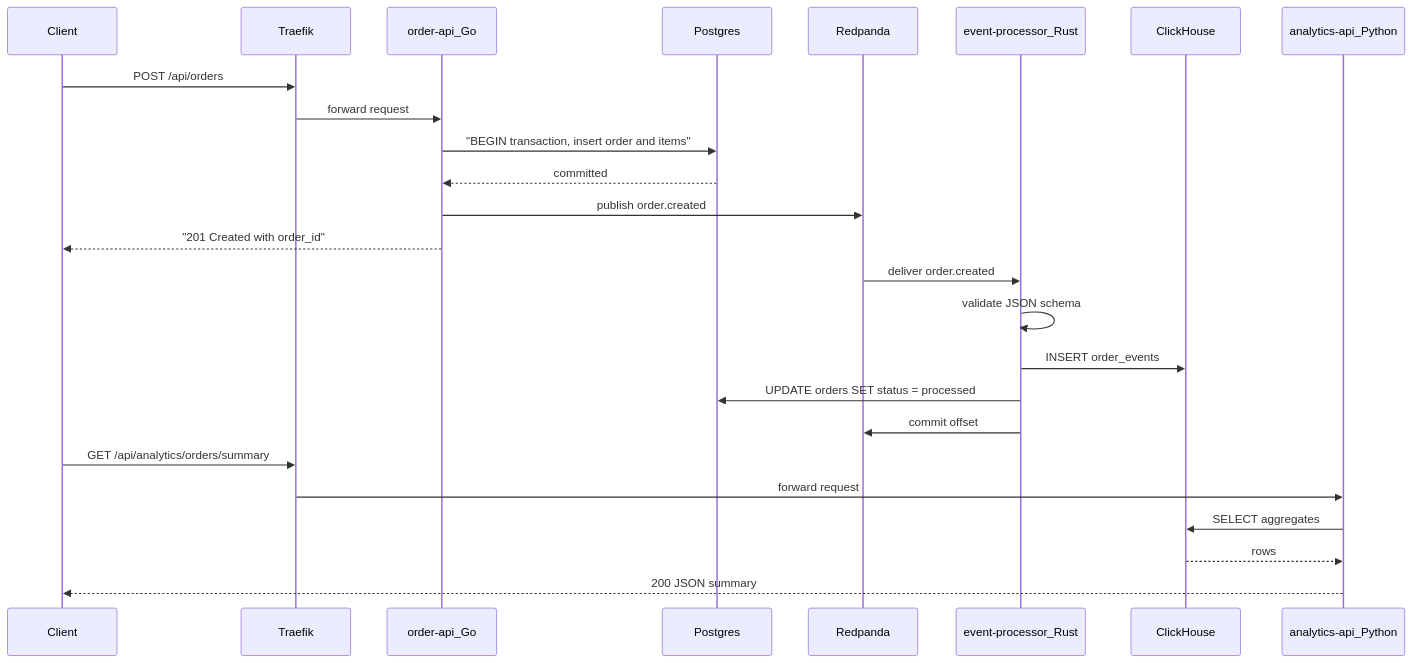
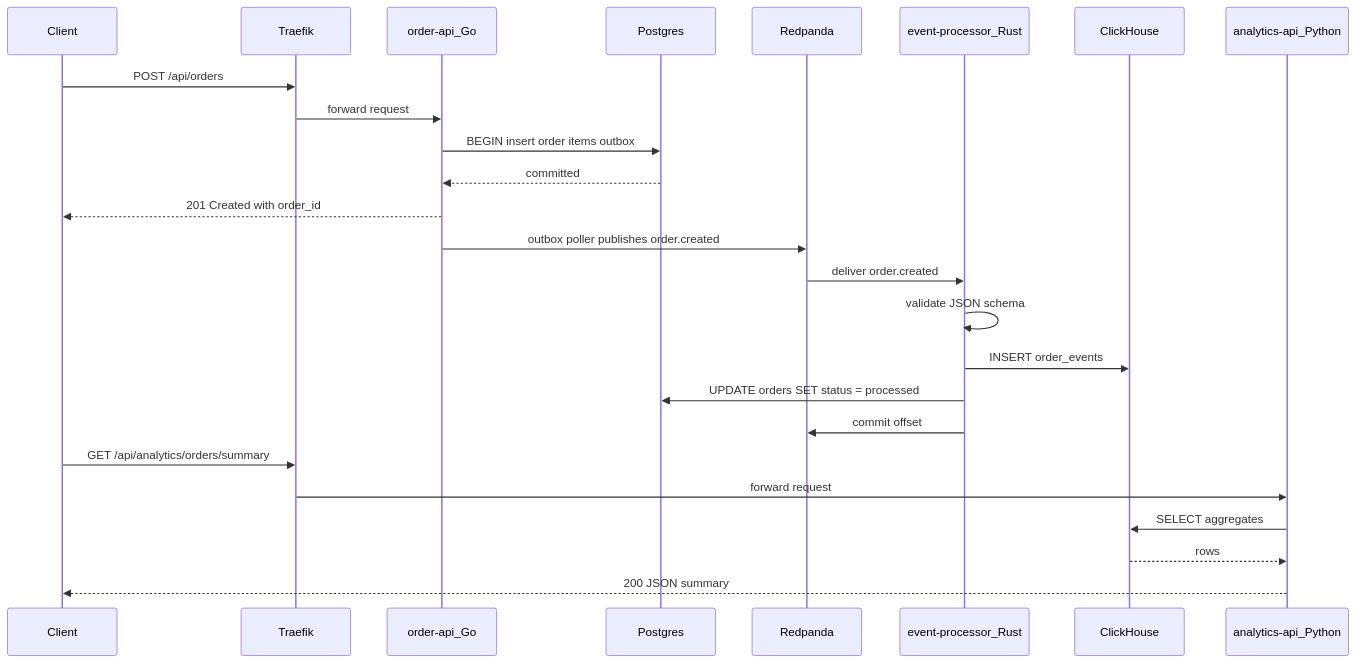
Before and after one commit to ianckc/streamshop-distributed-system: the second of 2 diagrams in docs/docs/data-flows/order-placement.mdx, drawn with Mermaid. The commit also changed other lines of this file and 21 other files, not shown here.

````diff
--- a/docs/docs/data-flows/order-placement.mdx
+++ b/docs/docs/data-flows/order-placement.mdx
@@ -93,30 +110,30 @@
 ```mermaid
 sequenceDiagram
   participant Client
   participant Traefik
   participant OrderAPI as order-api_Go
   participant Postgres
   participant Redpanda
   participant Processor as event-processor_Rust
   participant ClickHouse
   participant AnalyticsAPI as analytics-api_Python
 
   Client->>Traefik: POST /api/orders
   Traefik->>OrderAPI: forward request
-  OrderAPI->>Postgres: "BEGIN transaction, insert order and items"
+  OrderAPI->>Postgres: BEGIN insert order items outbox
   Postgres-->>OrderAPI: committed
-  OrderAPI->>Redpanda: publish order.created
-  OrderAPI-->>Client: "201 Created with order_id"
+  OrderAPI-->>Client: 201 Created with order_id
+  OrderAPI->>Redpanda: outbox poller publishes order.created
 
   Redpanda->>Processor: deliver order.created
   Processor->>Processor: validate JSON schema
   Processor->>ClickHouse: INSERT order_events
   Processor->>Postgres: UPDATE orders SET status = processed
   Processor->>Redpanda: commit offset
 
   Client->>Traefik: GET /api/analytics/orders/summary
   Traefik->>AnalyticsAPI: forward request
   AnalyticsAPI->>ClickHouse: SELECT aggregates
   ClickHouse-->>AnalyticsAPI: rows
   AnalyticsAPI-->>Client: 200 JSON summary
 ```
````
